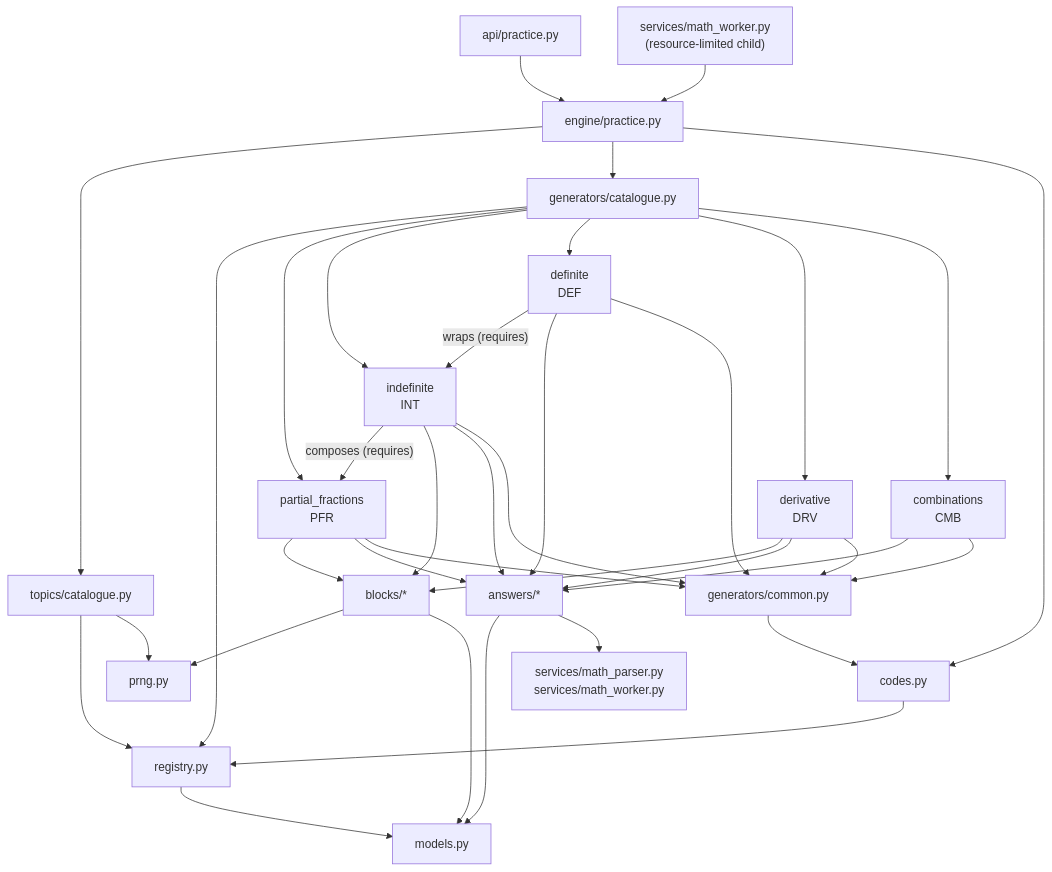
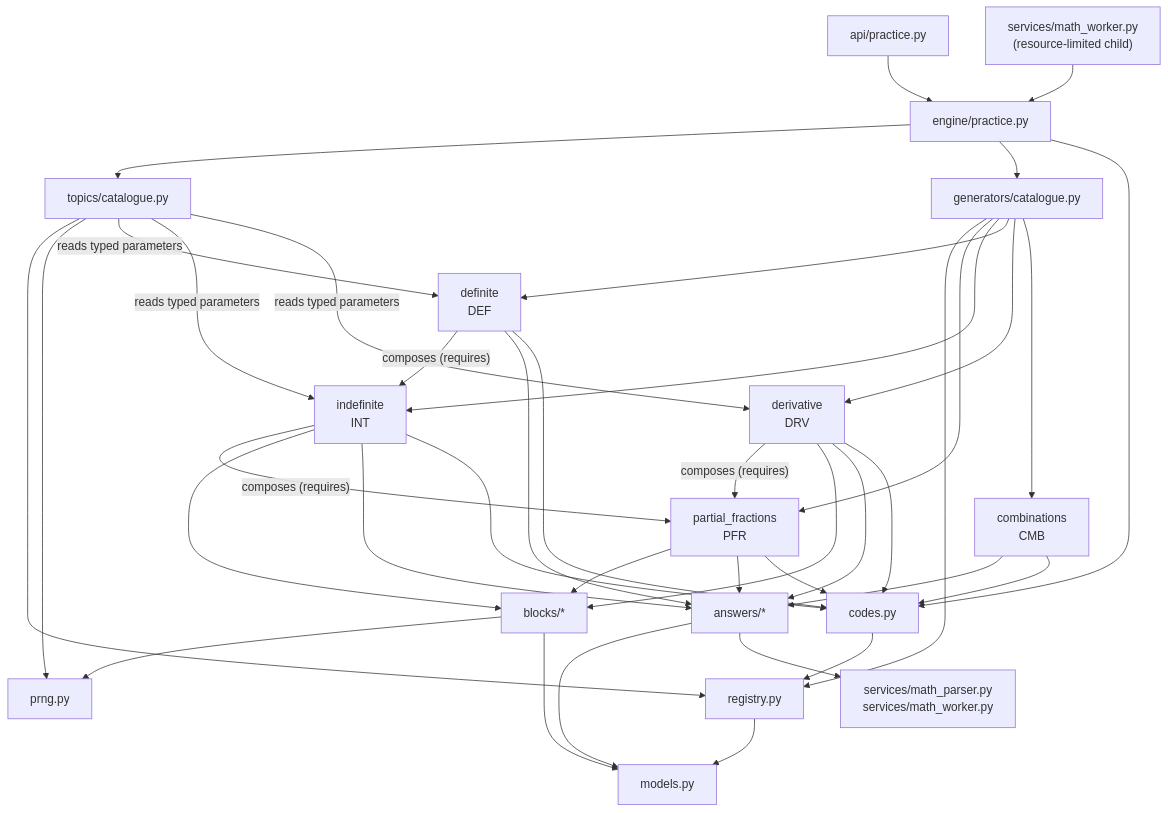
The diagram in docs/decisions/0008-generator-engine.md (whatvlad/practiceloop), drawn with Mermaid before and after one commit. The commit also changed other lines of this file and 18 other files, not shown here.

First line of the commit message:
refactor(engine): typed parameters and explicit composition in the engine core (#189)

````diff
--- a/docs/decisions/0008-generator-engine.md
+++ b/docs/decisions/0008-generator-engine.md
@@ -80,28 +81,29 @@
 ```mermaid
 flowchart TD
   API["api/practice.py"] --> ADAPT["engine/practice.py"]
   WORKER["services/math_worker.py<br/>(resource-limited child)"] --> ADAPT
   ADAPT --> TOPICS["topics/catalogue.py"]
   ADAPT --> GCAT["generators/catalogue.py"]
   ADAPT --> CODES["codes.py"]
   TOPICS --> REG["registry.py"]
   TOPICS --> PRNG["prng.py"]
+  TOPICS -- "reads typed parameters" --> DEF & INT & DRV
   GCAT --> REG
   GCAT --> PFR["partial_fractions<br/>PFR"]
   GCAT --> INT["indefinite<br/>INT"]
   GCAT --> DEF["definite<br/>DEF"]
   GCAT --> DRV["derivative<br/>DRV"]
   GCAT --> CMB["combinations<br/>CMB"]
   INT -- "composes (requires)" --> PFR
-  DEF -- "wraps (requires)" --> INT
+  DRV -- "composes (requires)" --> PFR
+  DEF -- "composes (requires)" --> INT
   PFR --> BLOCKS["blocks/*"]
   INT --> BLOCKS
   DRV --> BLOCKS
   PFR & INT & DEF & DRV & CMB --> ANSWERS["answers/*"]
-  PFR & INT & DEF & DRV & CMB --> COMMON["generators/common.py"]
-  COMMON --> CODES
+  PFR & INT & DEF & DRV & CMB --> CODES
   CODES --> REG
   BLOCKS --> PRNG
   BLOCKS & ANSWERS & REG --> MODELS["models.py"]
   ANSWERS --> LEGACY["services/math_parser.py<br/>services/math_worker.py"]
 ```
````
